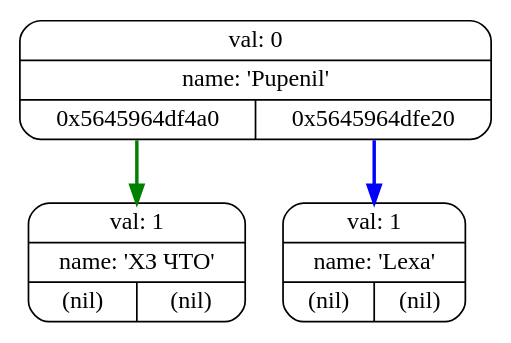
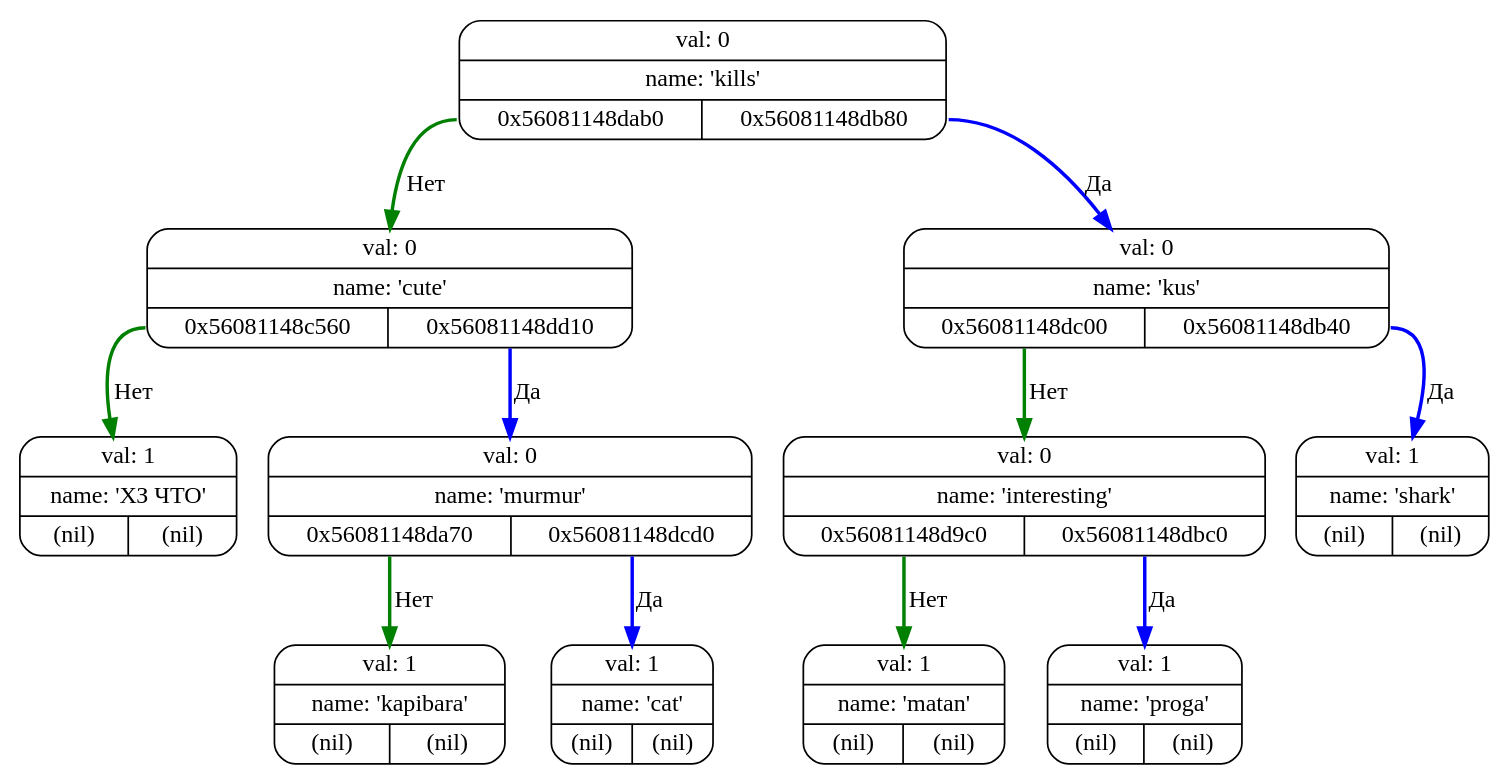
One commit to I1Va/akinator changed the diagram in logs/graphviz_code_dir/0.dot. Above: the diagram before and after it, drawn with Graphviz. The commit also changed 41 other files, not shown here.

```diff
--- a/logs/graphviz_code_dir/0.dot
+++ b/logs/graphviz_code_dir/0.dot
@@ -1,8 +1,24 @@
 digraph G{
    rankdir=TB;
-   NODE0x5645964df4a0[pin=true,shape="Mrecord",label="{val: 1 | name: 'ХЗ ЧТО' | {<left> (nil) | <right> (nil)}}"];
-   NODE0x5645964dfe20[pin=true,shape="Mrecord",label="{val: 1 | name: 'Lexa' | {<left> (nil) | <right> (nil)}}"];
-   NODE0x5645964dfe60[pin=true,shape="Mrecord",label="{val: 0 | name: 'Pupenil' | {<left> 0x5645964df4a0 | <right> 0x5645964dfe20}}"];
-   NODE0x5645964dfe60:left -> NODE0x5645964df4a0 [color="green",penwidth=2];
-   NODE0x5645964dfe60:right -> NODE0x5645964dfe20 [color="blue",penwidth=2];
+   NODE0x56081148c560[pin=true,shape="Mrecord",label="{val: 1 | name: 'ХЗ ЧТО' | {<left> (nil) | <right> (nil)}}"];
+   NODE0x56081148d9c0[pin=true,shape="Mrecord",label="{val: 1 | name: 'matan' | {<left> (nil) | <right> (nil)}}"];
+   NODE0x56081148da00[pin=true,shape="Mrecord",label="{val: 0 | name: 'kills' | {<left> 0x56081148dab0 | <right> 0x56081148db80}}"];
+   NODE0x56081148da70[pin=true,shape="Mrecord",label="{val: 1 | name: 'kapibara' | {<left> (nil) | <right> (nil)}}"];
+   NODE0x56081148dab0[pin=true,shape="Mrecord",label="{val: 0 | name: 'cute' | {<left> 0x56081148c560 | <right> 0x56081148dd10}}"];
+   NODE0x56081148db40[pin=true,shape="Mrecord",label="{val: 1 | name: 'shark' | {<left> (nil) | <right> (nil)}}"];
+   NODE0x56081148db80[pin=true,shape="Mrecord",label="{val: 0 | name: 'kus' | {<left> 0x56081148dc00 | <right> 0x56081148db40}}"];
+   NODE0x56081148dbc0[pin=true,shape="Mrecord",label="{val: 1 | name: 'proga' | {<left> (nil) | <right> (nil)}}"];
+   NODE0x56081148dc00[pin=true,shape="Mrecord",label="{val: 0 | name: 'interesting' | {<left> 0x56081148d9c0 | <right> 0x56081148dbc0}}"];
+   NODE0x56081148dcd0[pin=true,shape="Mrecord",label="{val: 1 | name: 'cat' | {<left> (nil) | <right> (nil)}}"];
+   NODE0x56081148dd10[pin=true,shape="Mrecord",label="{val: 0 | name: 'murmur' | {<left> 0x56081148da70 | <right> 0x56081148dcd0}}"];
+   NODE0x56081148da00:left -> NODE0x56081148dab0 [color="green",penwidth=2,label="Нет"];
+   NODE0x56081148da00:right -> NODE0x56081148db80 [color="blue",penwidth=2,label="Да"];
+   NODE0x56081148dab0:left -> NODE0x56081148c560 [color="green",penwidth=2,label="Нет"];
+   NODE0x56081148dab0:right -> NODE0x56081148dd10 [color="blue",penwidth=2,label="Да"];
+   NODE0x56081148db80:left -> NODE0x56081148dc00 [color="green",penwidth=2,label="Нет"];
+   NODE0x56081148db80:right -> NODE0x56081148db40 [color="blue",penwidth=2,label="Да"];
+   NODE0x56081148dc00:left -> NODE0x56081148d9c0 [color="green",penwidth=2,label="Нет"];
+   NODE0x56081148dc00:right -> NODE0x56081148dbc0 [color="blue",penwidth=2,label="Да"];
+   NODE0x56081148dd10:left -> NODE0x56081148da70 [color="green",penwidth=2,label="Нет"];
+   NODE0x56081148dd10:right -> NODE0x56081148dcd0 [color="blue",penwidth=2,label="Да"];
 }
```
